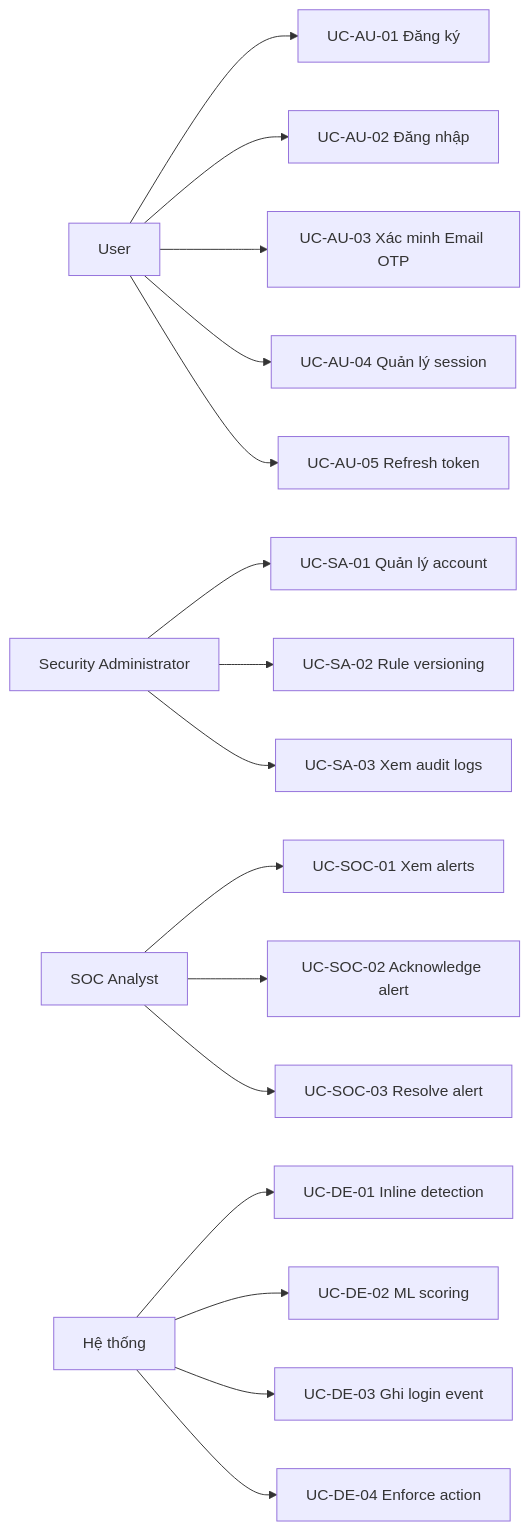
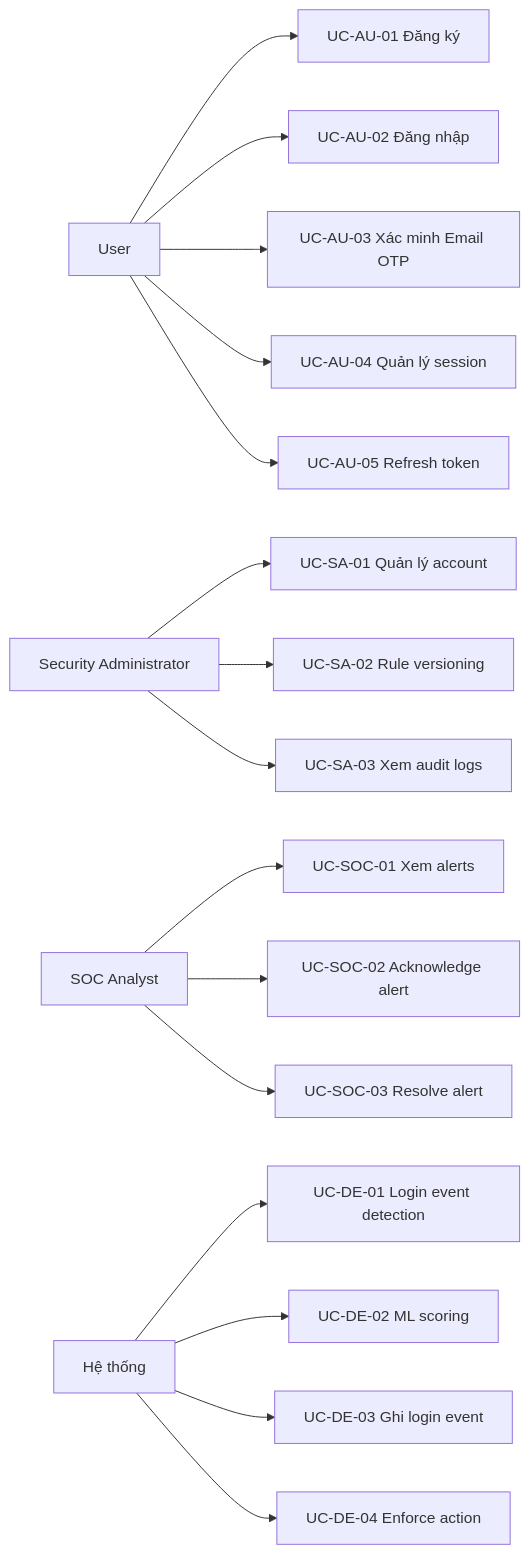
Before and after one commit to Albert-Tuan/sentinel-auth: the diagram in docs/02-dac-ta-use-case-core-app.md, drawn with Mermaid. The commit also changed other lines of this file and 65 other files, not shown here.

````diff
--- a/docs/02-dac-ta-use-case-core-app.md
+++ b/docs/02-dac-ta-use-case-core-app.md
@@ -9,18 +9,18 @@
 ```mermaid
 flowchart LR
     U["User"] --> R["UC-AU-01 Đăng ký"]
     U --> L["UC-AU-02 Đăng nhập"]
     U --> M["UC-AU-03 Xác minh Email OTP"]
     U --> S["UC-AU-04 Quản lý session"]
     U --> RT["UC-AU-05 Refresh token"]
     A["Security Administrator"] --> P["UC-SA-01 Quản lý account"]
     A --> RV["UC-SA-02 Rule versioning"]
     A --> AL["UC-SA-03 Xem audit logs"]
     O["SOC Analyst"] --> SO["UC-SOC-01 Xem alerts"]
     O --> SA["UC-SOC-02 Acknowledge alert"]
     O --> SR["UC-SOC-03 Resolve alert"]
-    H["Hệ thống"] --> DE["UC-DE-01 Inline detection"]
+    H["Hệ thống"] --> DE["UC-DE-01 Login event detection"]
     H --> ML["UC-DE-02 ML scoring"]
     H --> LG["UC-DE-03 Ghi login event"]
     H --> AC["UC-DE-04 Enforce action"]
 ```
````
